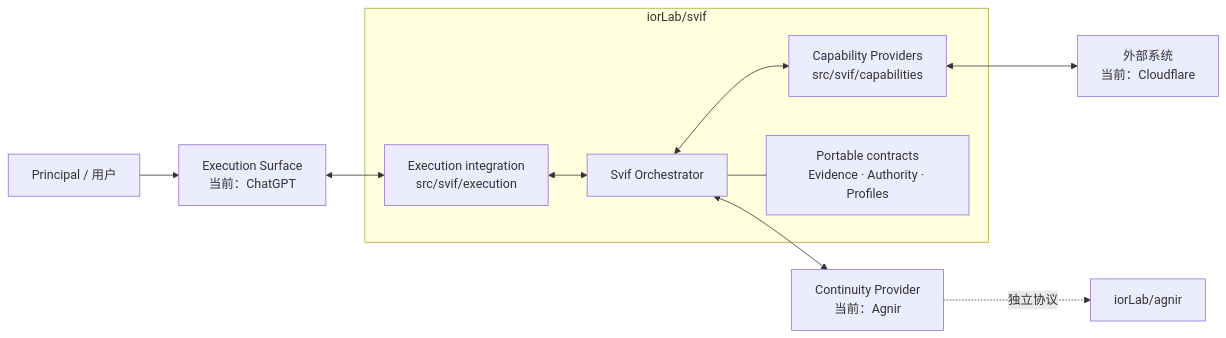
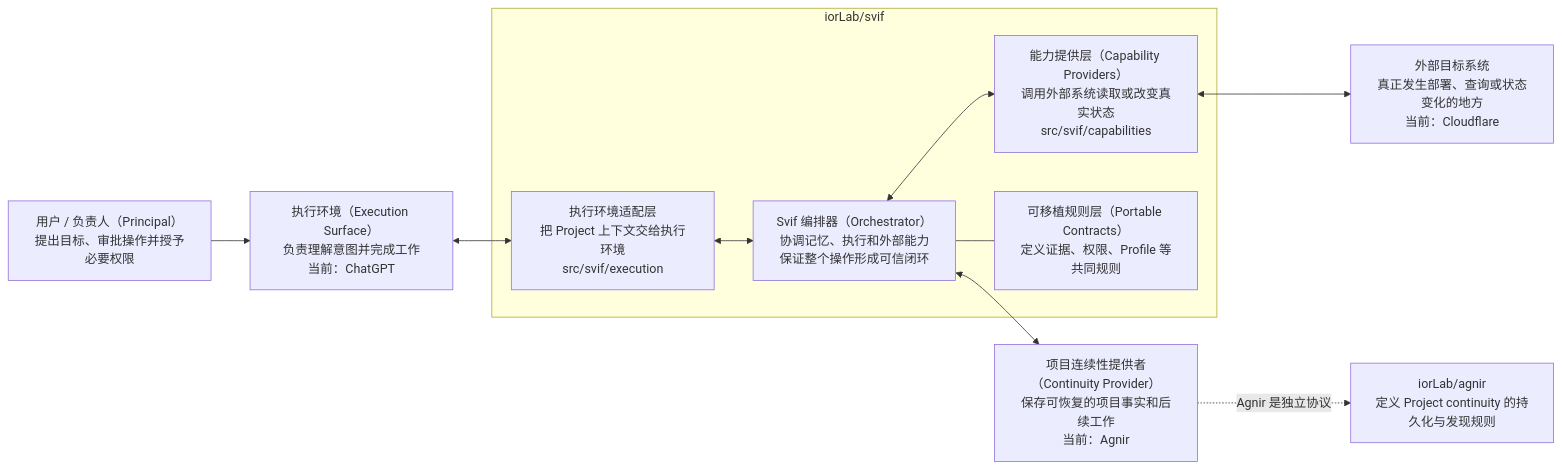
Before and after one commit to iorLab/svif: the first of 2 diagrams in README.zh-CN.md, drawn with Mermaid. The commit also changed other lines of this file, not shown here.

Commit message:
docs: clarify Chinese Mermaid diagram nodes

````diff
--- a/README.zh-CN.md
+++ b/README.zh-CN.md
@@ -11,20 +11,20 @@
 ```mermaid
 flowchart LR
-    P[Principal / 用户] --> E[Execution Surface\n当前：ChatGPT]
+    P["用户 / 负责人（Principal）<br/>提出目标、审批操作并授予必要权限"] --> E["执行环境（Execution Surface）<br/>负责理解意图并完成工作<br/>当前：ChatGPT"]
 
     subgraph S[iorLab/svif]
-        O[Svif Orchestrator]
-        X[Execution integration\nsrc/svif/execution]
-        K[Capability Providers\nsrc/svif/capabilities]
-        R[Portable contracts\nEvidence · Authority · Profiles]
+        O["Svif 编排器（Orchestrator）<br/>协调记忆、执行和外部能力<br/>保证整个操作形成可信闭环"]
+        X["执行环境适配层<br/>把 Project 上下文交给执行环境<br/>src/svif/execution"]
+        K["能力提供层（Capability Providers）<br/>调用外部系统读取或改变真实状态<br/>src/svif/capabilities"]
+        R["可移植规则层（Portable Contracts）<br/>定义证据、权限、Profile 等共同规则"]
         O --- R
         X <--> O
         O <--> K
     end
 
     E <--> X
-    O <--> C[Continuity Provider\n当前：Agnir]
-    K <--> F[外部系统\n当前：Cloudflare]
+    O <--> C["项目连续性提供者（Continuity Provider）<br/>保存可恢复的项目事实和后续工作<br/>当前：Agnir"]
+    K <--> F["外部目标系统<br/>真正发生部署、查询或状态变化的地方<br/>当前：Cloudflare"]
 
-    C -. 独立协议 .-> A[iorLab/agnir]
+    C -. "Agnir 是独立协议" .-> A["iorLab/agnir<br/>定义 Project continuity 的持久化与发现规则"]
 ```
````
